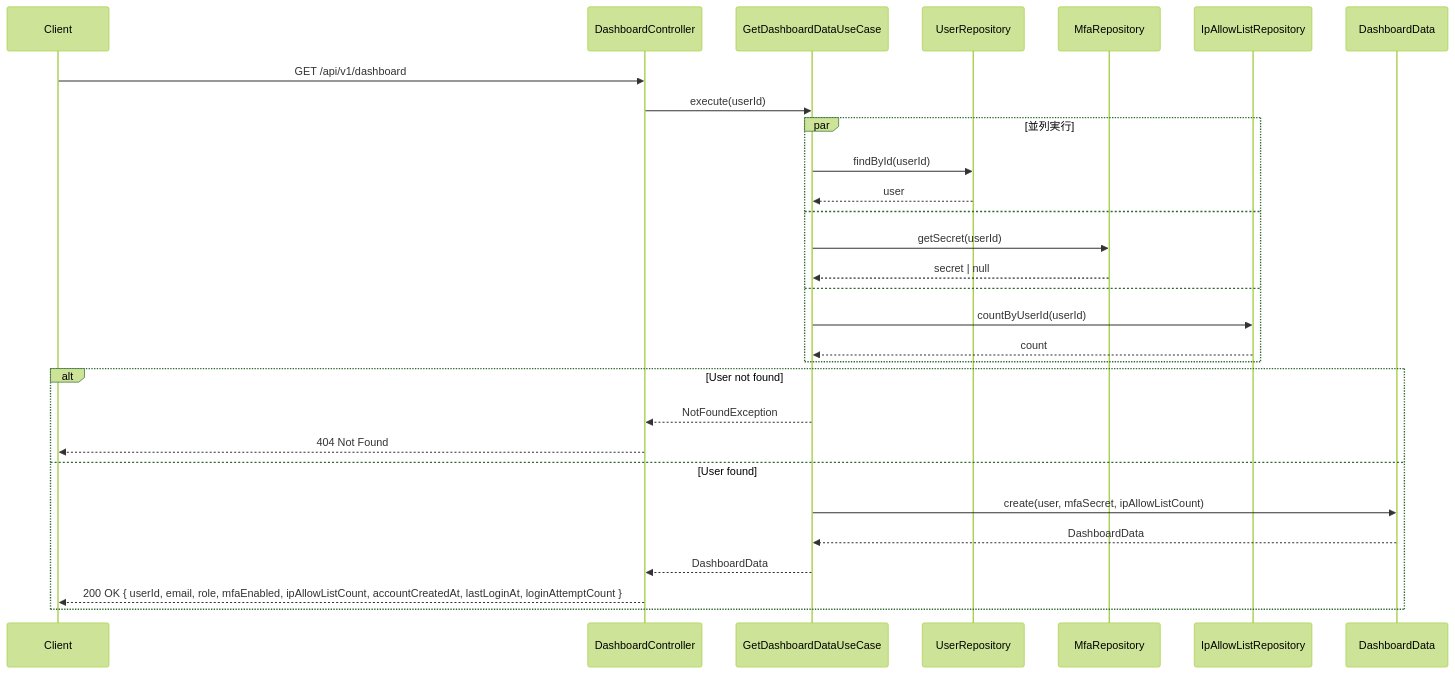
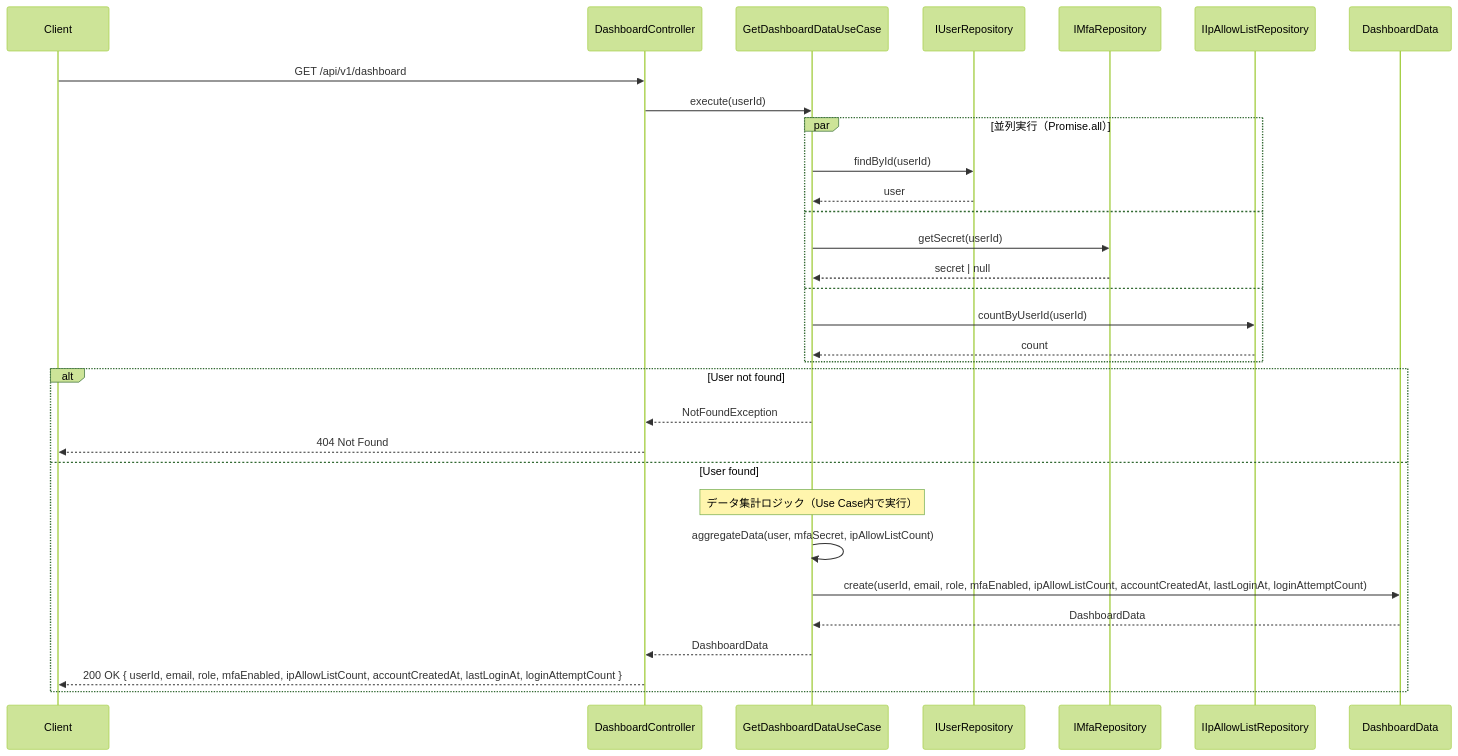
Before and after one commit to kencom2400/MrWebDefence-Console: the diagram in docs/detailed-design/MWD-33_dashboard-implementation/sequence-diagrams.md, drawn with Mermaid (forest theme). The commit also changed 3 other files, not shown here.

````diff
--- a/docs/detailed-design/MWD-33_dashboard-implementation/sequence-diagrams.md
+++ b/docs/detailed-design/MWD-33_dashboard-implementation/sequence-diagrams.md
@@ -5,35 +5,37 @@
 ```mermaid
 sequenceDiagram
     participant Client
     participant DashboardController
     participant GetDashboardDataUseCase
-    participant UserRepository
-    participant MfaRepository
-    participant IpAllowListRepository
+    participant IUserRepository
+    participant IMfaRepository
+    participant IIpAllowListRepository
     participant DashboardData
 
     Client->>DashboardController: GET /api/v1/dashboard
     DashboardController->>GetDashboardDataUseCase: execute(userId)
     
-    par 並列実行
-        GetDashboardDataUseCase->>UserRepository: findById(userId)
-        UserRepository-->>GetDashboardDataUseCase: user
+    par 並列実行（Promise.all）
+        GetDashboardDataUseCase->>IUserRepository: findById(userId)
+        IUserRepository-->>GetDashboardDataUseCase: user
     and
-        GetDashboardDataUseCase->>MfaRepository: getSecret(userId)
-        MfaRepository-->>GetDashboardDataUseCase: secret | null
+        GetDashboardDataUseCase->>IMfaRepository: getSecret(userId)
+        IMfaRepository-->>GetDashboardDataUseCase: secret | null
     and
-        GetDashboardDataUseCase->>IpAllowListRepository: countByUserId(userId)
-        IpAllowListRepository-->>GetDashboardDataUseCase: count
+        GetDashboardDataUseCase->>IIpAllowListRepository: countByUserId(userId)
+        IIpAllowListRepository-->>GetDashboardDataUseCase: count
     end
     
     alt User not found
         GetDashboardDataUseCase-->>DashboardController: NotFoundException
         DashboardController-->>Client: 404 Not Found
     else User found
-        GetDashboardDataUseCase->>DashboardData: create(user, mfaSecret, ipAllowListCount)
+        Note over GetDashboardDataUseCase: データ集計ロジック（Use Case内で実行）
+        GetDashboardDataUseCase->>GetDashboardDataUseCase: aggregateData(user, mfaSecret, ipAllowListCount)
+        GetDashboardDataUseCase->>DashboardData: create(userId, email, role, mfaEnabled, ipAllowListCount, accountCreatedAt, lastLoginAt, loginAttemptCount)
         DashboardData-->>GetDashboardDataUseCase: DashboardData
         
         GetDashboardDataUseCase-->>DashboardController: DashboardData
         DashboardController-->>Client: 200 OK { userId, email, role, mfaEnabled, ipAllowListCount, accountCreatedAt, lastLoginAt, loginAttemptCount }
     end
 ```
````
